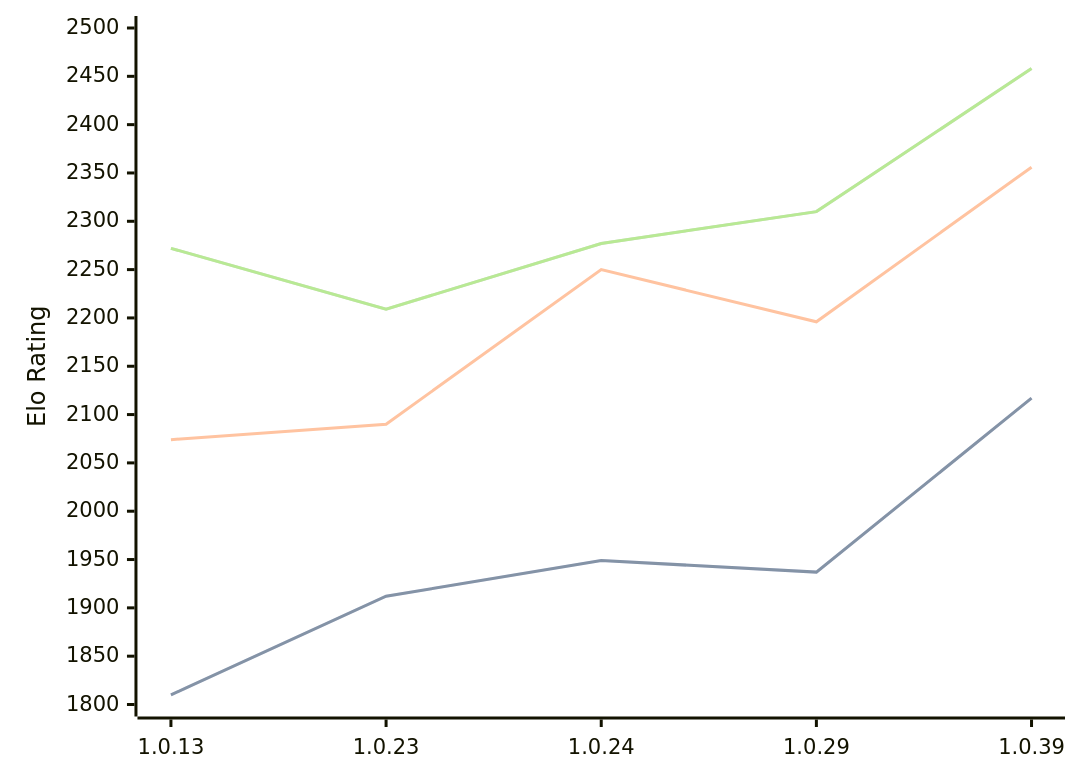
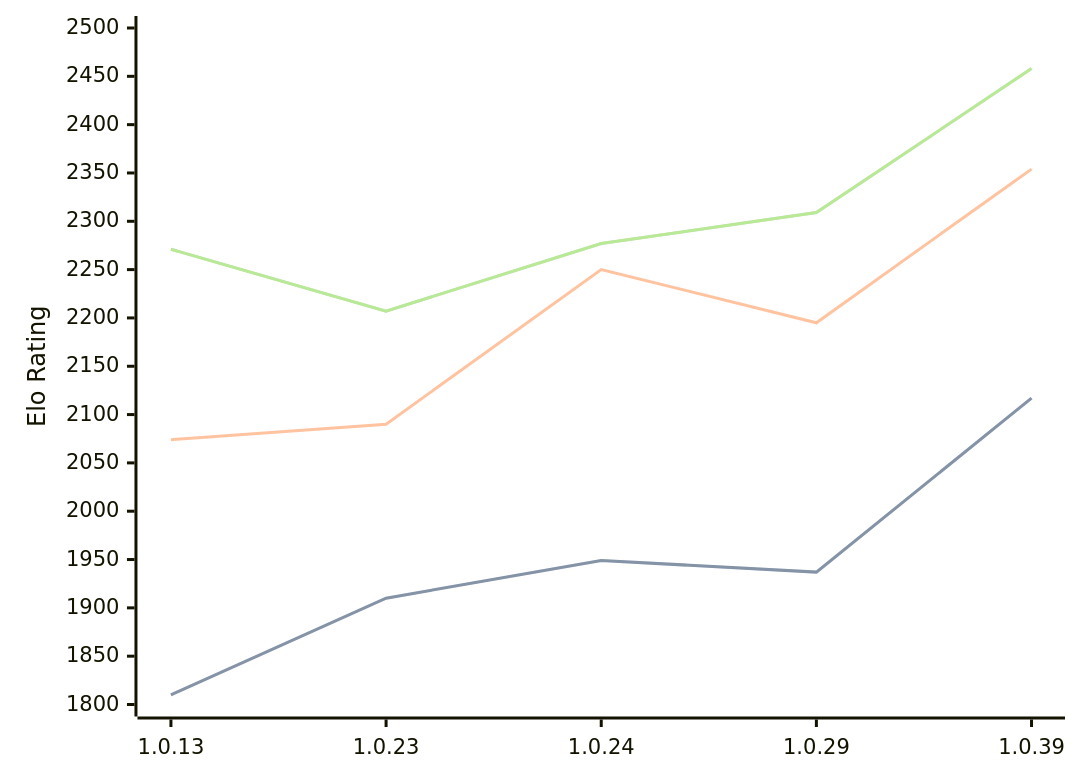
Before and after one commit to computer-chess-index/cci: the diagram in engines/RustyRival.md, drawn with Mermaid. The commit also changed other lines of this file, not shown here.

Commit message:
Update CCI Ratings (ELO VLTC) - 2026-04-20

````diff
--- a/engines/RustyRival.md
+++ b/engines/RustyRival.md
@@ -66,11 +66,11 @@
 ```mermaid
 %%{init: {"theme":"base","themeVariables":{"seriesColors:['#a3a3a3','#222221','#faa371']}}}%%
 xychart-beta
   x-axis ["1.0.13", "1.0.23", "1.0.24", "1.0.29", "1.0.39"]
   y-axis "Elo Rating" 1800 --> 2500
-  line "STC (8.0+0.08s)" [1810, 1912, 1949, 1937, 2117]
-  line "STC (8.0+0.08s)" [1810, 1912, 1949, 1937, 2117]
-  line "LTC (60.0+0.60s)" [2074, 2090, 2250, 2196, 2356]
-  line "VLTC (2m24s+1.12s)" [2272, 2209, 2277, 2310, 2458]
-  line "VLTC (2m24s+1.12s)" [2272, 2209, 2277, 2310, 2458]
+  line "STC (8.0+0.08s)" [1810, 1910, 1949, 1937, 2117]
+  line "STC (8.0+0.08s)" [1810, 1910, 1949, 1937, 2117]
+  line "LTC (60.0+0.60s)" [2074, 2090, 2250, 2195, 2354]
+  line "VLTC (2m24s+1.12s)" [2271, 2207, 2277, 2309, 2458]
+  line "VLTC (2m24s+1.12s)" [2271, 2207, 2277, 2309, 2458]
 ```
````
